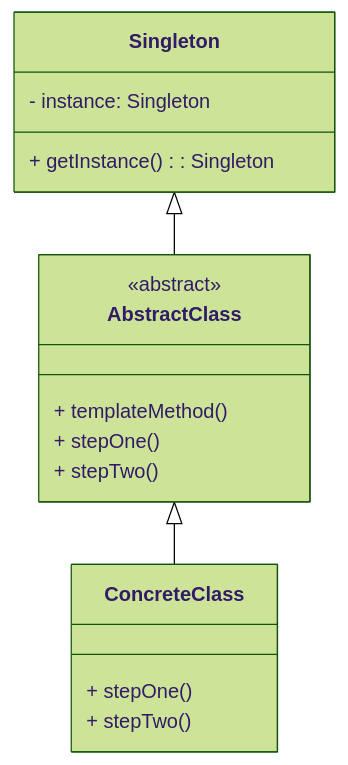
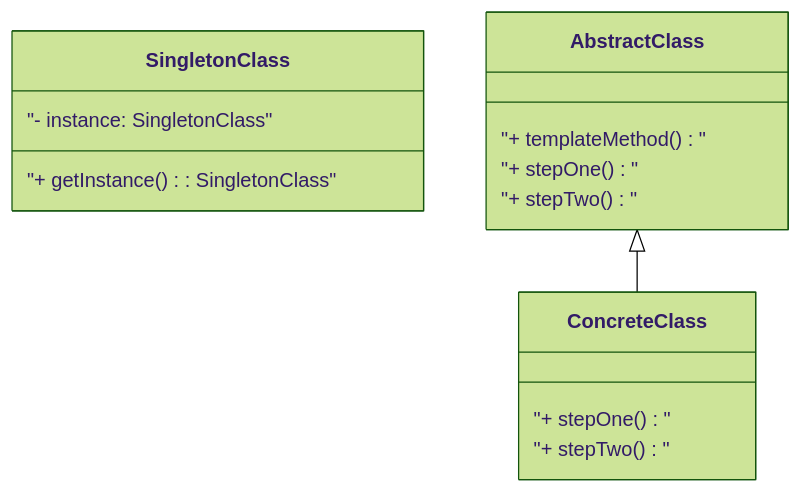
Before and after one commit to 42jerrykim/42jerrykim.github.io: the fifth of 5 diagrams in content/post/2024/2024-08-22-abstract-factory/index.md, drawn with Mermaid (forest theme). The commit also changed other lines of this file and 239 other files, not shown here.

````diff
--- a/content/post/2024/2024-08-22-abstract-factory/index.md
+++ b/content/post/2024/2024-08-22-abstract-factory/index.md
@@ -888,23 +581,20 @@
 ```mermaid
 classDiagram
-    class Singleton {
-        - instance: Singleton
-        + getInstance(): Singleton
+    class SingletonClass {
+        "- instance: SingletonClass"
+        "+ getInstance(): SingletonClass"
     }
 
     class AbstractClass {
-        + templateMethod()
-        <<abstract>>
-        + stepOne()
-        <<abstract>>
-        + stepTwo()
+        "+ templateMethod()"
+        "+ stepOne()"
+        "+ stepTwo()"
     }
 
     class ConcreteClass {
-        + stepOne()
-        + stepTwo()
+        "+ stepOne()"
+        "+ stepTwo()"
     }
 
-    Singleton <|-- AbstractClass
     AbstractClass <|-- ConcreteClass
 ```
````
